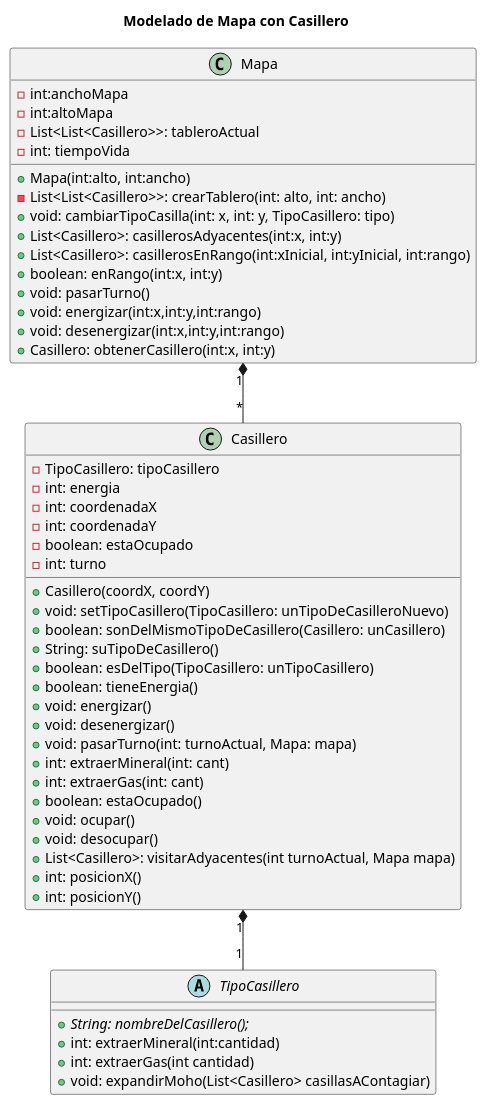
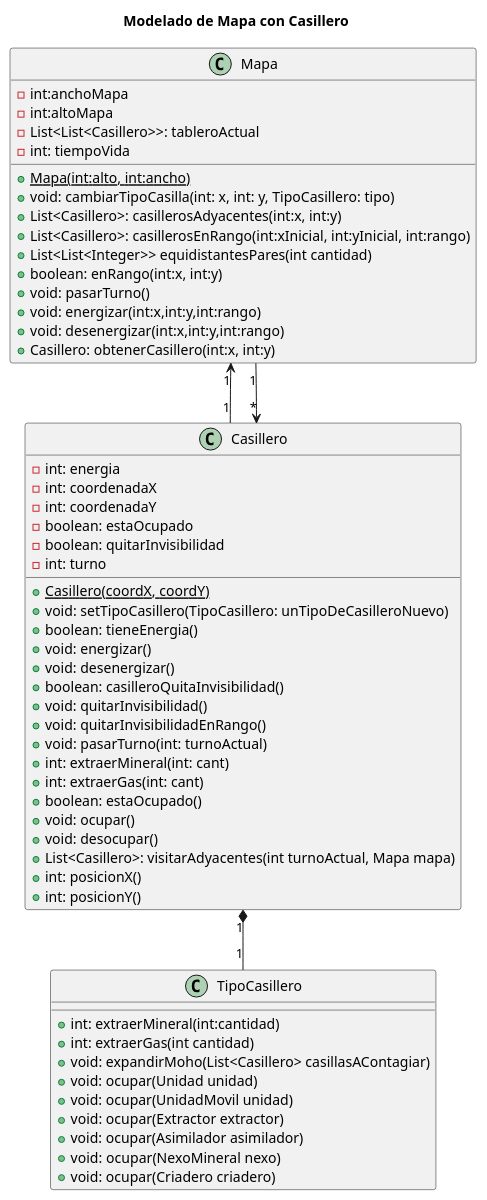
Before and after one commit to m-cabrerar/AlgoStar: the diagram in diagrams/classes/mapa-casillero.plantuml, drawn with PlantUML. The commit also changed 11 other files, not shown here.

Commit message:
UML casillero mapa

```diff
--- a/diagrams/classes/mapa-casillero.plantuml
+++ b/diagrams/classes/mapa-casillero.plantuml
@@ -1,89 +1,65 @@
 @startuml
 title Modelado de Mapa con Casillero
 
 class Mapa {
     -int:anchoMapa
     -int:altoMapa
     -List<List<Casillero>>: tableroActual
     -int: tiempoVida
-    +Mapa(int:alto, int:ancho)
-    -List<List<Casillero>>: crearTablero(int: alto, int: ancho)
+
+    +<u>Mapa(int:alto, int:ancho)
     +void: cambiarTipoCasilla(int: x, int: y, TipoCasillero: tipo)
     +List<Casillero>: casillerosAdyacentes(int:x, int:y)
     +List<Casillero>: casillerosEnRango(int:xInicial, int:yInicial, int:rango)
+    +List<List<Integer>> equidistantesPares(int cantidad)
     +boolean: enRango(int:x, int:y)
     +void: pasarTurno()
     +void: energizar(int:x,int:y,int:rango)
     +void: desenergizar(int:x,int:y,int:rango)
     +Casillero: obtenerCasillero(int:x, int:y)
 }
 
-Mapa "1" *-- "*" Casillero
+Mapa "1" <-- "1" Casillero
+Casillero "*" <-- "1" Mapa
 Casillero "1" *-- "1" TipoCasillero
 
 class Casillero {
- - TipoCasillero: tipoCasillero
  - int: energia
  - int: coordenadaX
  - int: coordenadaY
  - boolean: estaOcupado
+ - boolean: quitarInvisibilidad
  - int: turno
- + Casillero(coordX, coordY)
+
+ + <u>Casillero(coordX, coordY)
  + void: setTipoCasillero(TipoCasillero: unTipoDeCasilleroNuevo)
- + boolean: sonDelMismoTipoDeCasillero(Casillero: unCasillero)
- + String: suTipoDeCasillero()
- + boolean: esDelTipo(TipoCasillero: unTipoCasillero)
  + boolean: tieneEnergia()
  + void: energizar()
  + void: desenergizar()
- + void: pasarTurno(int: turnoActual, Mapa: mapa)
+ + boolean: casilleroQuitaInvisibilidad()
+ + void: quitarInvisibilidad()
+ + void: quitarInvisibilidadEnRango()
+ + void: pasarTurno(int: turnoActual)
  + int: extraerMineral(int: cant)
  + int: extraerGas(int: cant)
  + boolean: estaOcupado()
  + void: ocupar()
  + void: desocupar()
  + List<Casillero>: visitarAdyacentes(int turnoActual, Mapa mapa)
  + int: posicionX()
  + int: posicionY()
 }
 
-/'class CasilleroVacio{
- + String: nombreDelCasillero()
-}'/
-
-abstract class TipoCasillero{
- + {abstract}String: nombreDelCasillero();
+class TipoCasillero{
  + int: extraerMineral(int:cantidad)
  + int: extraerGas(int cantidad)
  + void: expandirMoho(List<Casillero> casillasAContagiar)
+ + void: ocupar(Unidad unidad)
+ + void: ocupar(UnidadMovil unidad)
+ + void: ocupar(Extractor extractor)
+ + void: ocupar(Asimilador asimilador)
+ + void: ocupar(NexoMineral nexo)
+ + void: ocupar(Criadero criadero)
 }
 
-/'Casillero *-- TipoCasillero
-CasilleroVacio --|> TipoCasillero
-Moho --|> TipoCasillero
-NodoGas --|> TipoCasillero
-NodoMineral --|> TipoCasillero'/
-
-/'class Moho{
- + Moho()
- + String: nombreDelCasillero()
- + void: expandirMoho(List<Casillero>: casillasAContagiar)
-}'/
-
-/'class NodoGas{
- - int: unidadesRestantes
- + NodoGas()
- + String: nombreDelCasillero()
- + int: extraerGas(int: cant)
- + boolean: agotado(
-}'/
-
-/'class NodoMineral{
- - int: unidadesRestantes
- + NodoMineral()
- + String: nombreDelCasillero()
- + int: extraerMineral(int: cant)
- + boolean: agotado()
-}'/
-
 @enduml
```
